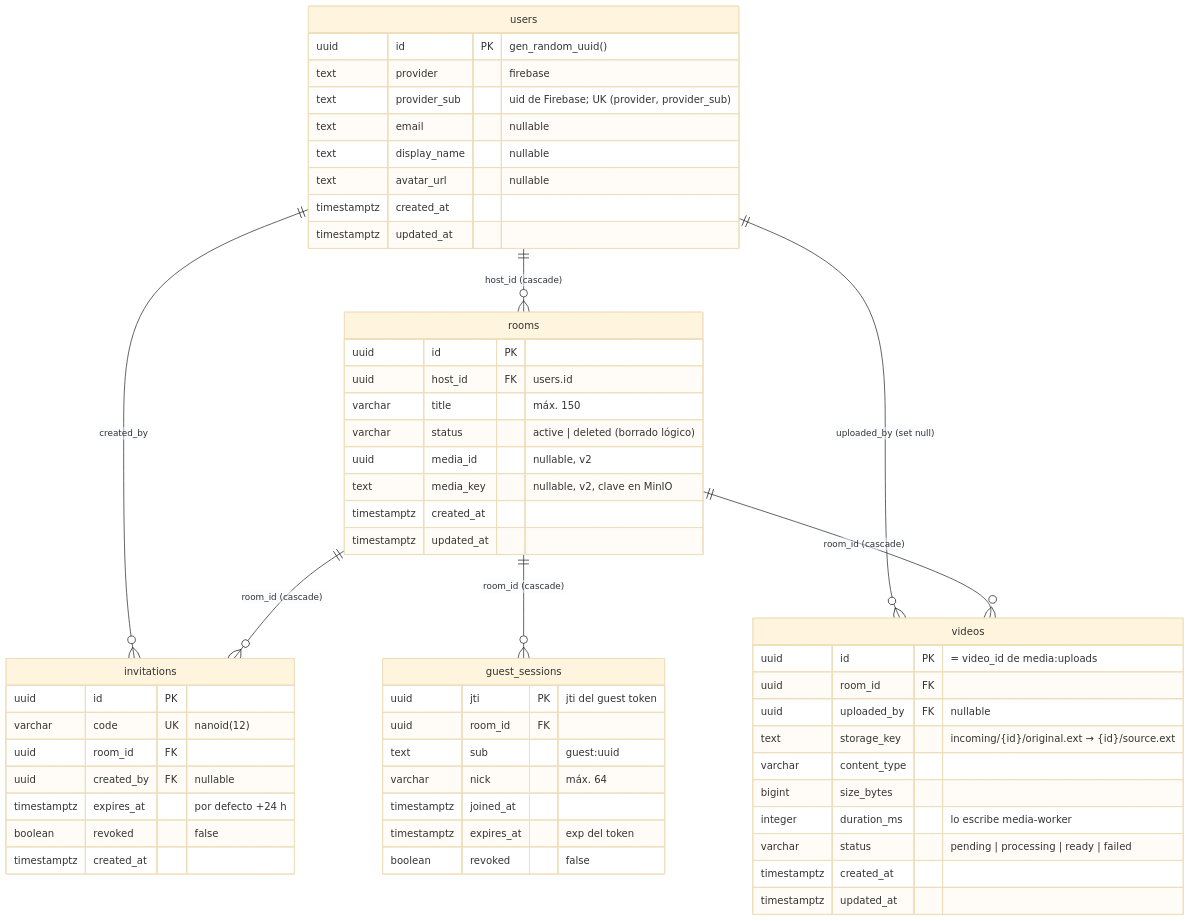
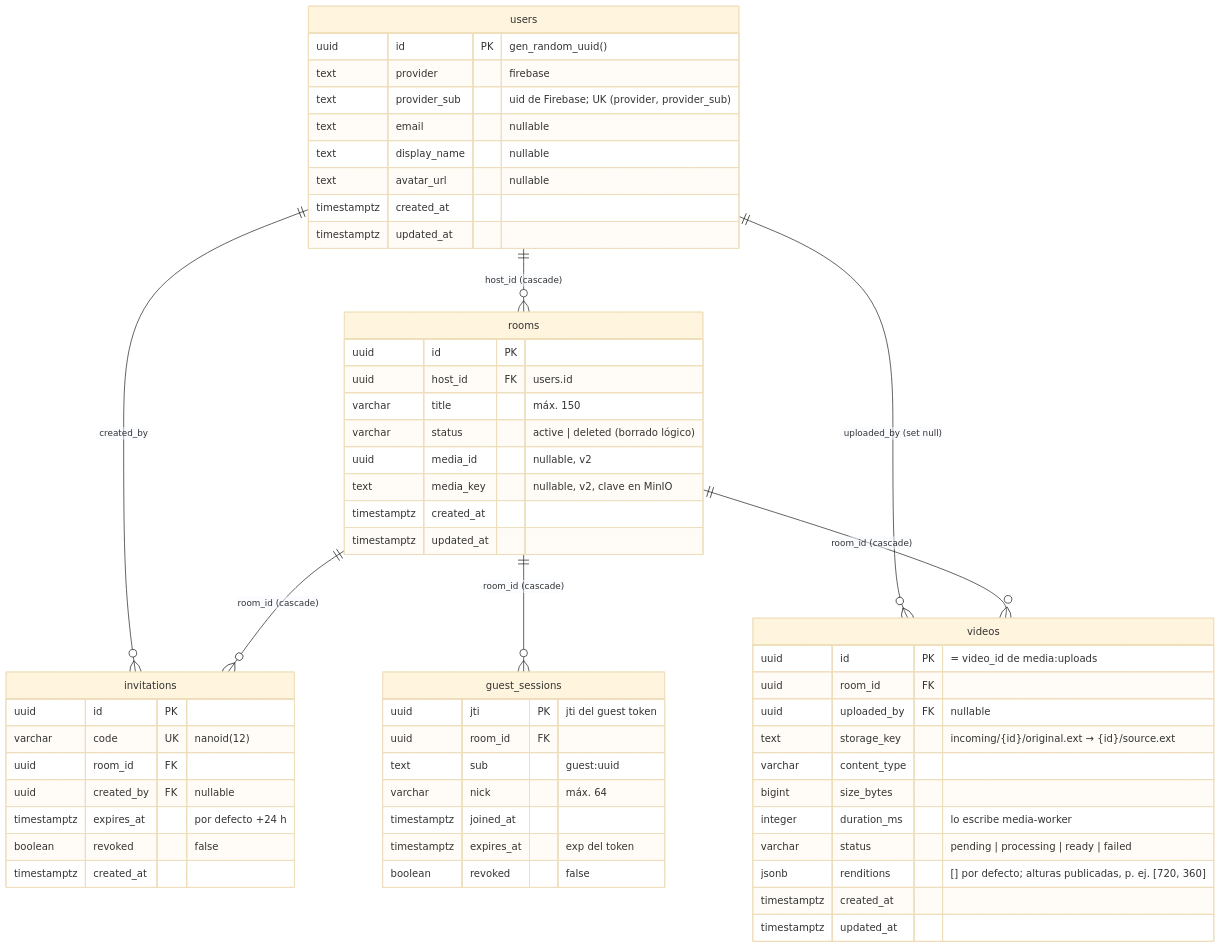
One commit to N1ghtlyC0de/TINT changed the second of 9 diagrams in docs/usuarios-e-identidad.md. Above: the diagram before and after it, drawn with Mermaid (base theme). The commit also changed other lines of this file and 4 other files, not shown here.

````diff
--- a/docs/usuarios-e-identidad.md
+++ b/docs/usuarios-e-identidad.md
@@ -76,60 +76,61 @@
 ```mermaid
 erDiagram
     users ||--o{ rooms : "host_id (cascade)"
     users ||--o{ invitations : "created_by"
     users ||--o{ videos : "uploaded_by (set null)"
     rooms ||--o{ invitations : "room_id (cascade)"
     rooms ||--o{ guest_sessions : "room_id (cascade)"
     rooms ||--o{ videos : "room_id (cascade)"
 
     users {
         uuid id PK "gen_random_uuid()"
         text provider "firebase"
         text provider_sub "uid de Firebase; UK (provider, provider_sub)"
         text email "nullable"
         text display_name "nullable"
         text avatar_url "nullable"
         timestamptz created_at
         timestamptz updated_at
     }
     rooms {
         uuid id PK
         uuid host_id FK "users.id"
         varchar title "máx. 150"
         varchar status "active | deleted (borrado lógico)"
         uuid media_id "nullable, v2"
         text media_key "nullable, v2, clave en MinIO"
         timestamptz created_at
         timestamptz updated_at
     }
     invitations {
         uuid id PK
         varchar code UK "nanoid(12)"
         uuid room_id FK
         uuid created_by FK "nullable"
         timestamptz expires_at "por defecto +24 h"
         boolean revoked "false"
         timestamptz created_at
     }
     guest_sessions {
         uuid jti PK "jti del guest token"
         uuid room_id FK
         text sub "guest:uuid"
         varchar nick "máx. 64"
         timestamptz joined_at
         timestamptz expires_at "exp del token"
         boolean revoked "false"
     }
     videos {
         uuid id PK "= video_id de media:uploads"
         uuid room_id FK
         uuid uploaded_by FK "nullable"
         text storage_key "incoming/{id}/original.ext → {id}/source.ext"
         varchar content_type
         bigint size_bytes
         integer duration_ms "lo escribe media-worker"
         varchar status "pending | processing | ready | failed"
+        jsonb renditions "[] por defecto; alturas publicadas, p. ej. [720, 360]"
         timestamptz created_at
         timestamptz updated_at
     }
 ```
````
